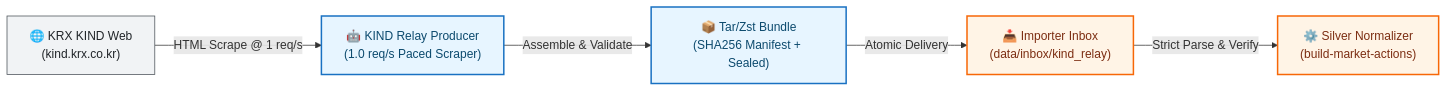
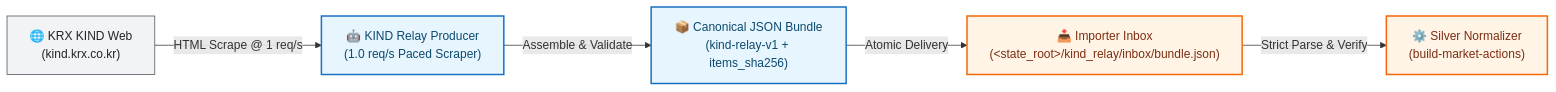
The diagram in docs/architecture/brokers/provider_kind.md (KTHYEONG/k-stock-engine), drawn with Mermaid before and after one commit. The commit also changed other lines of this file and 6 other files, not shown here.

````diff
--- a/docs/architecture/brokers/provider_kind.md
+++ b/docs/architecture/brokers/provider_kind.md
@@ -26,17 +28,17 @@
 ```mermaid
 flowchart LR
     classDef kind fill:#f1f3f5,stroke:#495057,stroke-width:1px,color:#212529;
     classDef relay fill:#e7f5ff,stroke:#1971c2,stroke-width:2px,color:#0c4a6e;
     classDef engine fill:#fff4e6,stroke:#f76707,stroke-width:2px,color:#7c2d12;
 
     KIND_WEB["🌐 KRX KIND Web<br/>(kind.krx.co.kr)"]:::kind
     PRODUCER["🤖 KIND Relay Producer<br/>(1.0 req/s Paced Scraper)"]:::relay
-    BUNDLE["📦 Tar/Zst Bundle<br/>(SHA256 Manifest + Sealed)"]:::relay
-    INBOX["📥 Importer Inbox<br/>(data/inbox/kind_relay)"]:::engine
+    BUNDLE["📦 Canonical JSON Bundle<br/>(kind-relay-v1 + items_sha256)"]:::relay
+    INBOX["📥 Importer Inbox<br/>(&lt;state_root&gt;/kind_relay/inbox/bundle.json)"]:::engine
     SILVER["⚙️ Silver Normalizer<br/>(build-market-actions)"]:::engine
 
     KIND_WEB -->|HTML Scrape @ 1 req/s| PRODUCER
     PRODUCER -->|Assemble & Validate| BUNDLE
     BUNDLE -->|Atomic Delivery| INBOX
     INBOX -->|Strict Parse & Verify| SILVER
 ```
````
